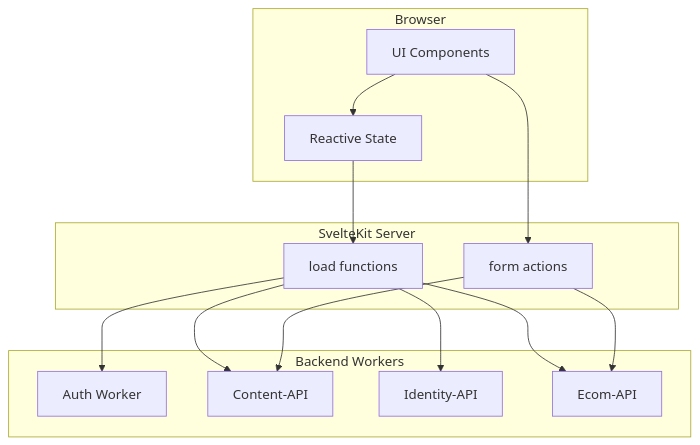
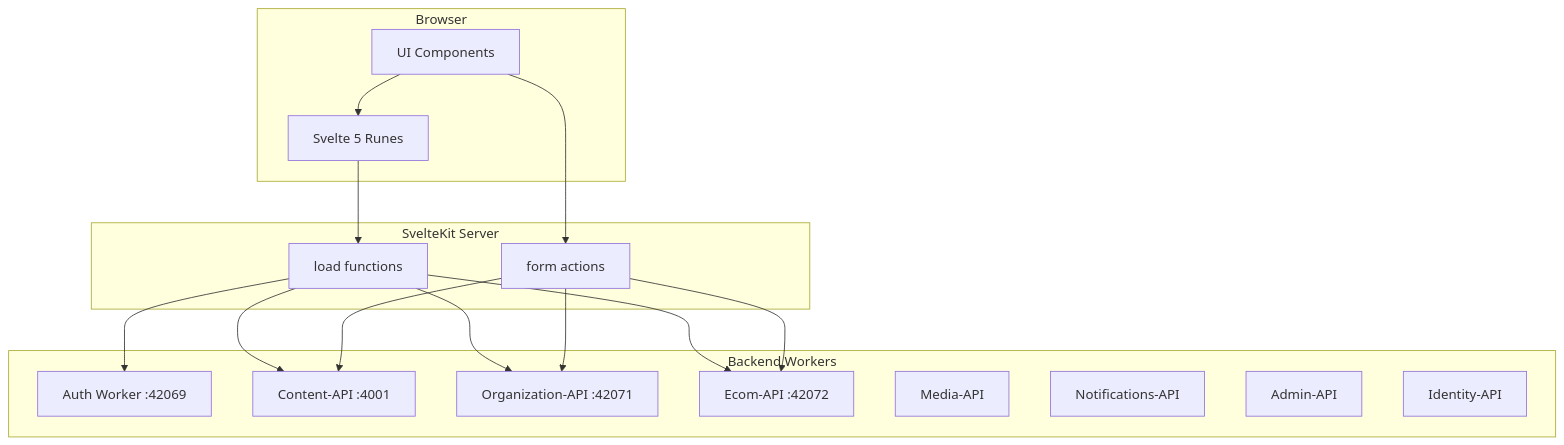
One commit to brucemckayone/codex changed the first of 4 diagrams in design/frontend/DATA.md. Above: the diagram before and after it, drawn with Mermaid. The commit also changed other lines of this file and 5 other files, not shown here.

````diff
--- a/design/frontend/DATA.md
+++ b/design/frontend/DATA.md
@@ -12,25 +12,29 @@
 ```mermaid
 graph TB
     subgraph "Browser"
         UI[UI Components]
-        State[Reactive State]
+        State[Svelte 5 Runes]
     end
 
     subgraph "SvelteKit Server"
         Load[load functions]
         Actions[form actions]
     end
 
     subgraph "Backend Workers"
-        Auth[Auth Worker]
-        Content[Content-API]
+        Auth[Auth Worker :42069]
+        Content[Content-API :4001]
+        Org[Organization-API :42071]
+        Ecom[Ecom-API :42072]
+        Media[Media-API]
+        Notify[Notifications-API]
+        Admin[Admin-API]
         Identity[Identity-API]
-        Ecom[Ecom-API]
     end
 
     UI --> State
     State --> Load
-    Load --> Auth & Content & Identity & Ecom
+    Load --> Auth & Content & Org & Ecom
     UI --> Actions
-    Actions --> Content & Ecom
+    Actions --> Content & Ecom & Org
 ```
````
